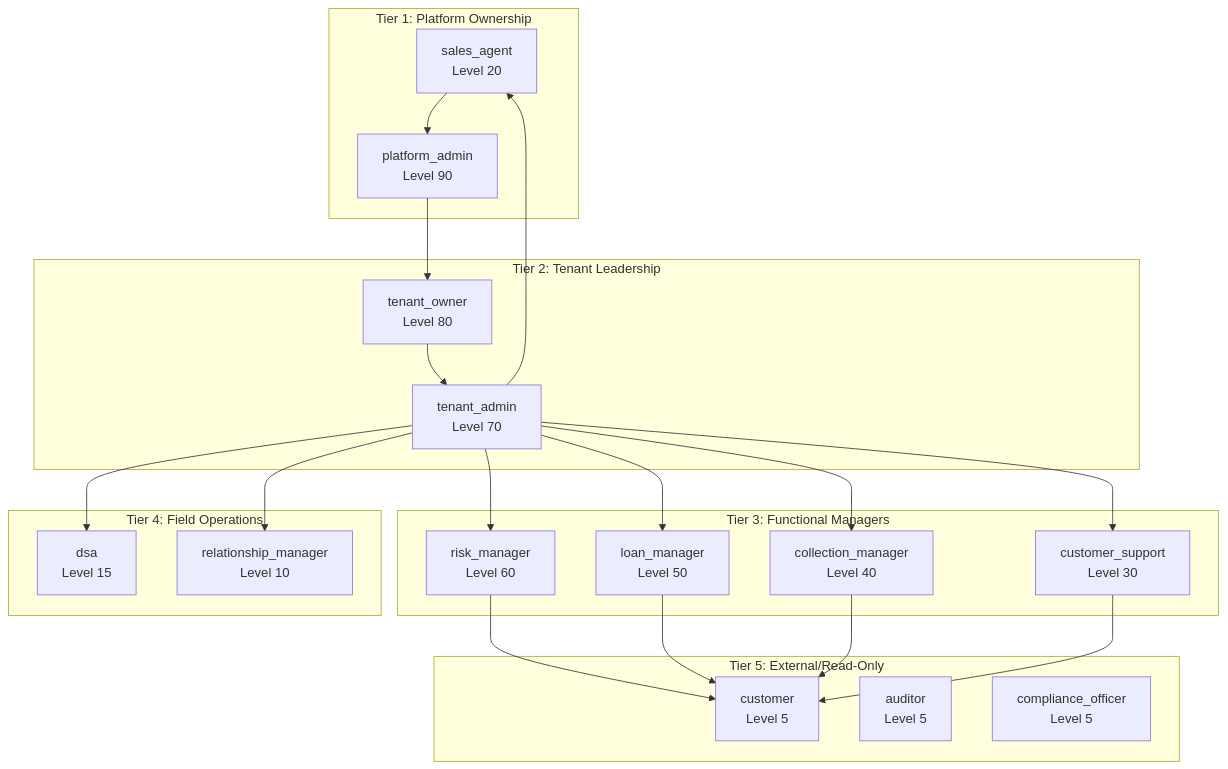
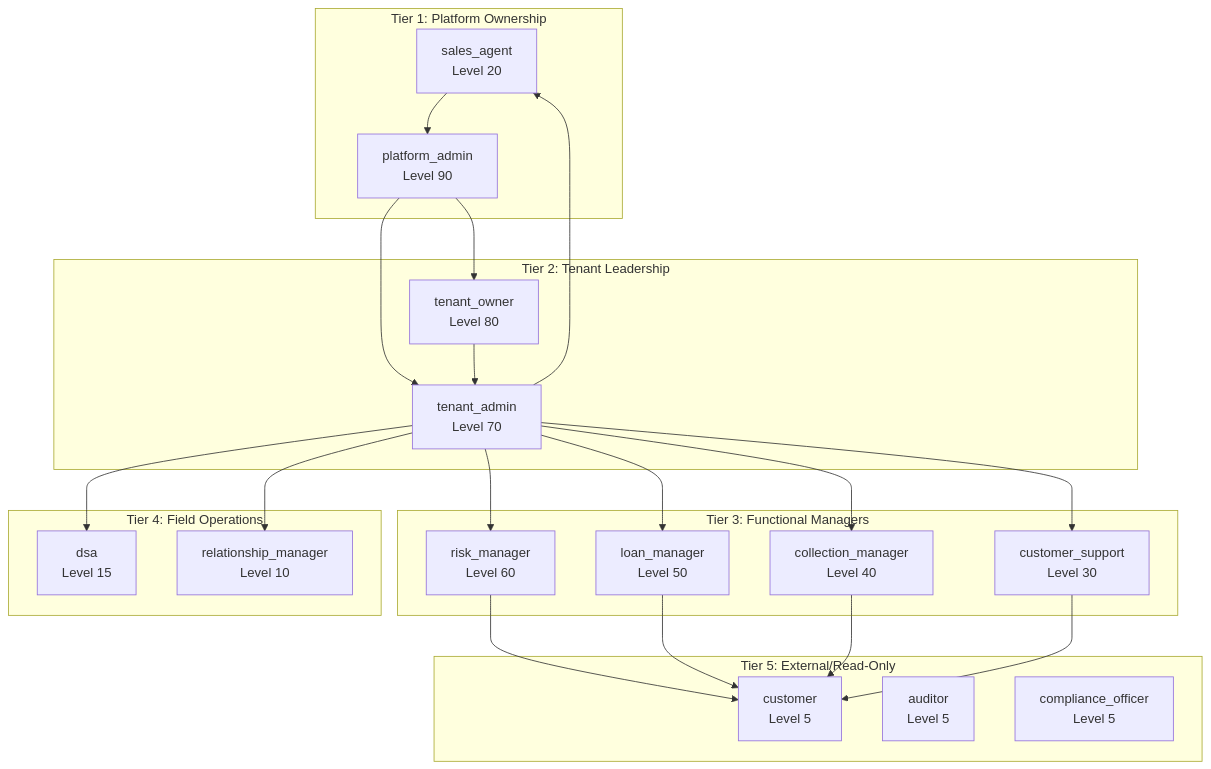
The eighth of 14 diagrams in README.md (chahalbaljinder/LenderOS), drawn with Mermaid before and after one commit. The commit also changed other lines of this file, not shown here.

First line of the commit message:
docs: fix security architecture diagram and remove roadmap from README

````diff
--- a/README.md
+++ b/README.md
@@ -725,46 +726,47 @@
 ```mermaid
 graph TD
     subgraph Tier1["Tier 1: Platform Ownership"]
         SA[super_admin<br/>Level 100]
         PA[platform_admin<br/>Level 90]
     end
 
     subgraph Tier2["Tier 2: Tenant Leadership"]
         TO[tenant_owner<br/>Level 80]
         TA[tenant_admin<br/>Level 70]
     end
 
     subgraph Tier3["Tier 3: Functional Managers"]
         RM[risk_manager<br/>Level 60]
         LM[loan_manager<br/>Level 50]
         CM[collection_manager<br/>Level 40]
         CS[customer_support<br/>Level 30]
     end
 
     subgraph Tier4["Tier 4: Field Operations"]
         SA[sales_agent<br/>Level 20]
         DSA[dsa<br/>Level 15]
         RM2[relationship_manager<br/>Level 10]
     end
 
     subgraph Tier5["Tier 5: External/Read-Only"]
         CUST[customer<br/>Level 5]
         AUD[auditor<br/>Level 5]
         COMP[compliance_officer<br/>Level 5]
     end
 
     SA --> PA
     PA --> TO
+    PA --> TA
     TO --> TA
     TA --> RM
     TA --> LM
     TA --> CM
     TA --> CS
     TA --> SA
     TA --> DSA
     TA --> RM2
     RM --> CUST
     LM --> CUST
     CM --> CUST
     CS --> CUST
 ```
````
